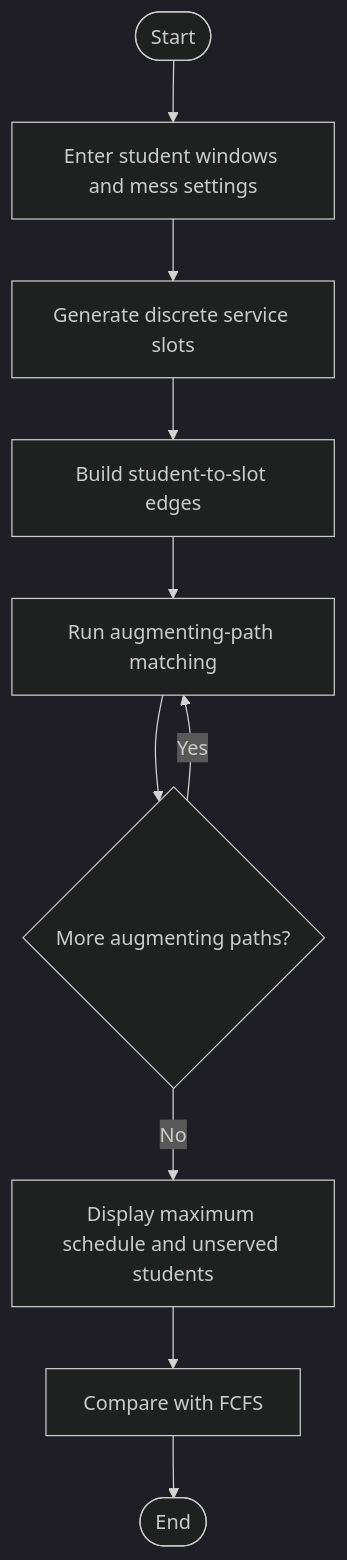
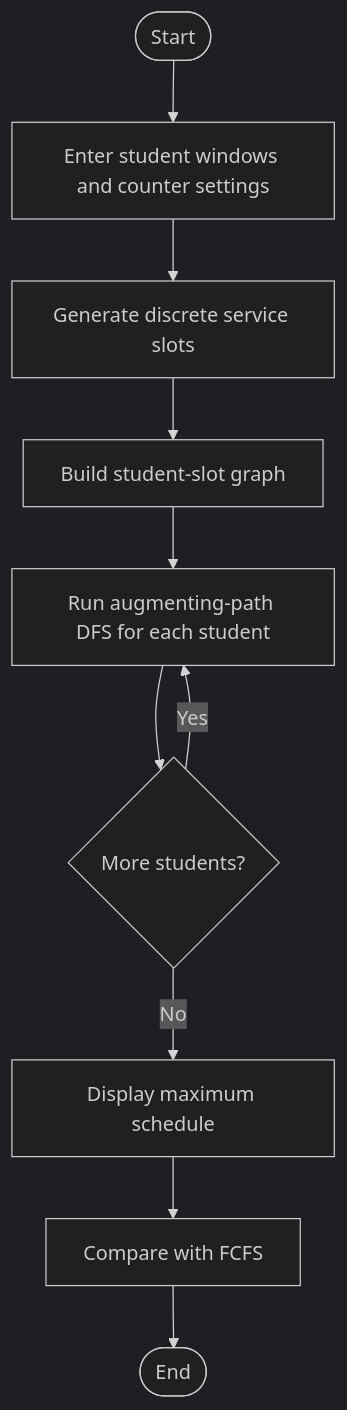
The diagram in MessMate/PROJECT-REPORT.md (deepu-nik/MazeSolver), drawn with Mermaid (dark theme) before and after one commit. The commit also changed other lines of this file, not shown here.

````diff
--- a/MessMate/PROJECT-REPORT.md
+++ b/MessMate/PROJECT-REPORT.md
@@ -59,12 +41,12 @@
 ```mermaid
 flowchart TD
- A([Start]) --> B[Enter student windows and mess settings]
+ A([Start]) --> B[Enter student windows and counter settings]
  B --> C[Generate discrete service slots]
- C --> D[Build student-to-slot edges]
- D --> E[Run augmenting-path matching]
- E --> F{More augmenting paths?}
+ C --> D[Build student-slot graph]
+ D --> E[Run augmenting-path DFS for each student]
+ E --> F{More students?}
  F -- Yes --> E
- F -- No --> G[Display maximum schedule and unserved students]
+ F -- No --> G[Display maximum schedule]
  G --> H[Compare with FCFS]
  H --> I([End])
 ```
````
